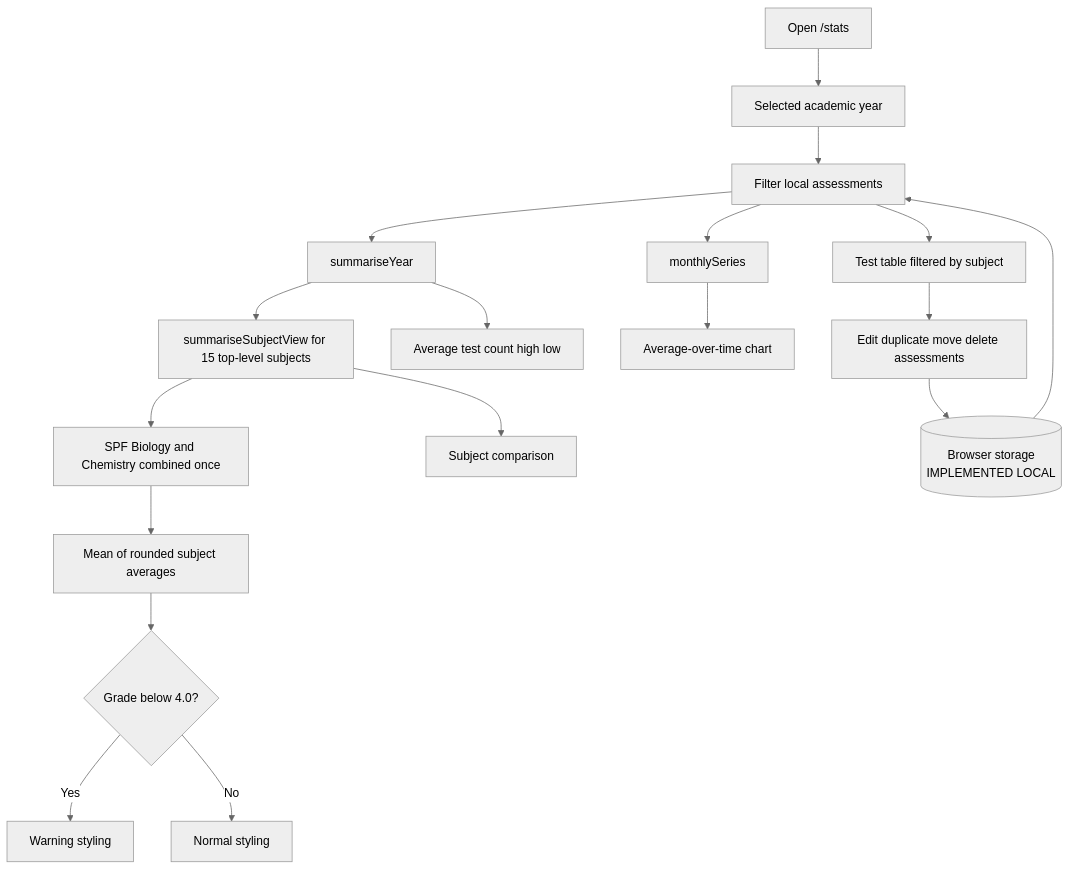
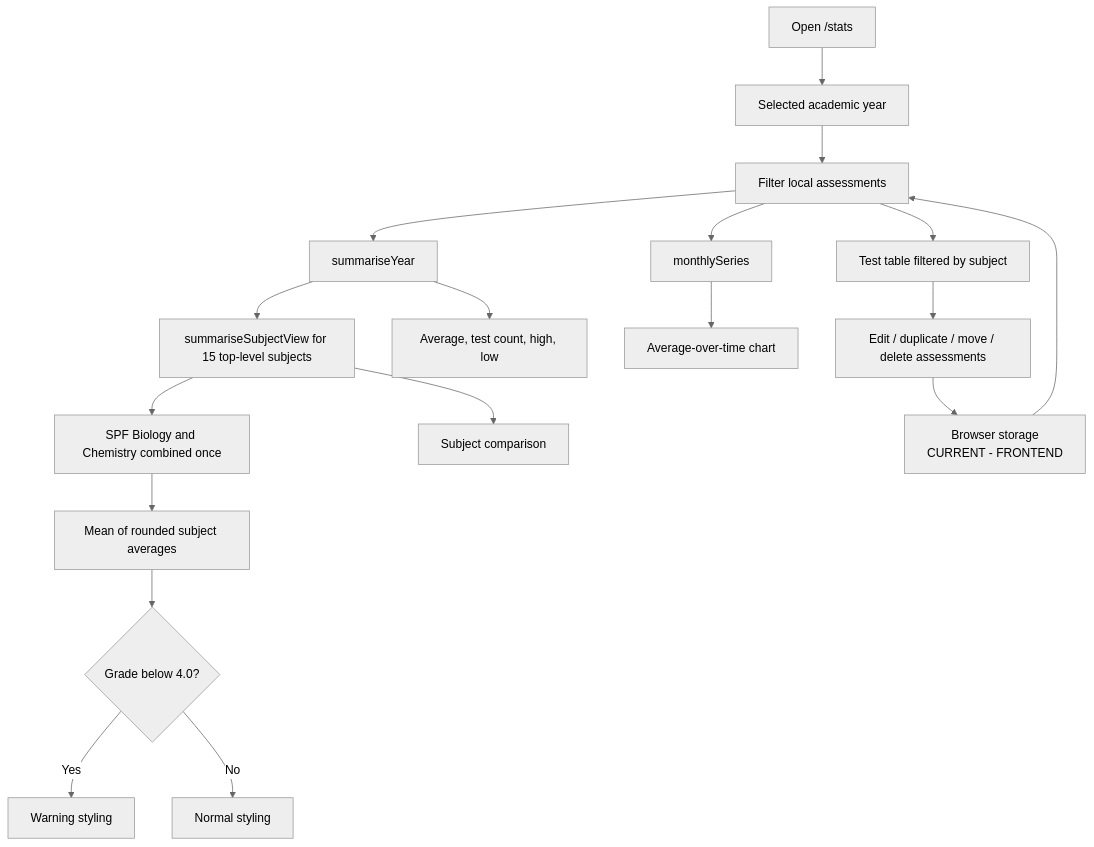
The diagram in docs/wireframes/13-statistics.mmd (keyshavmor/study-swiss-star), drawn with Mermaid (neutral theme) before and after one commit. The commit also changed 91 other files, not shown here.

```diff
--- a/docs/wireframes/13-statistics.mmd
+++ b/docs/wireframes/13-statistics.mmd
@@ -1,18 +1,19 @@
+%% /stats (routes/_authenticated/stats.tsx).
 flowchart TD
-  Open[Open /stats] --> Year[Selected academic year]
-  Year --> Filter[Filter local assessments]
-  Filter --> Summary[summariseYear]
-  Filter --> Monthly[monthlySeries]
-  Filter --> Rows[Test table filtered by subject]
-  Summary --> Subjects[summariseSubjectView for 15 top-level subjects]
-  Subjects --> SPF[SPF Biology and Chemistry combined once]
-  SPF --> YearAverage[Mean of rounded subject averages]
-  Summary --> KPI[Average test count high low]
-  Monthly --> Trend[Average-over-time chart]
-  Subjects --> Compare[Subject comparison]
-  Rows --> CRUD[Edit duplicate move delete assessments]
-  CRUD --> Store[(Browser storage\nIMPLEMENTED LOCAL)]
+  Open["Open /stats"] --> Year["Selected academic year"]
+  Year --> Filter["Filter local assessments"]
+  Filter --> Summary["summariseYear"]
+  Filter --> Monthly["monthlySeries"]
+  Filter --> Rows["Test table filtered by subject"]
+  Summary --> Subjects["summariseSubjectView for 15 top-level subjects"]
+  Subjects --> SPF["SPF Biology and Chemistry combined once"]
+  SPF --> YearAverage["Mean of rounded subject averages"]
+  Summary --> KPI["Average, test count, high, low"]
+  Monthly --> Trend["Average-over-time chart"]
+  Subjects --> Compare["Subject comparison"]
+  Rows --> CRUD["Edit / duplicate / move / delete assessments"]
+  CRUD --> Store["Browser storage<br/>CURRENT - FRONTEND"]
   Store --> Filter
-  YearAverage --> Failing{Grade below 4.0?}
-  Failing -->|Yes| Orange[Warning styling]
-  Failing -->|No| Standard[Normal styling]
+  YearAverage --> Failing{"Grade below 4.0?"}
+  Failing -->|Yes| Orange["Warning styling"]
+  Failing -->|No| Standard["Normal styling"]
```
